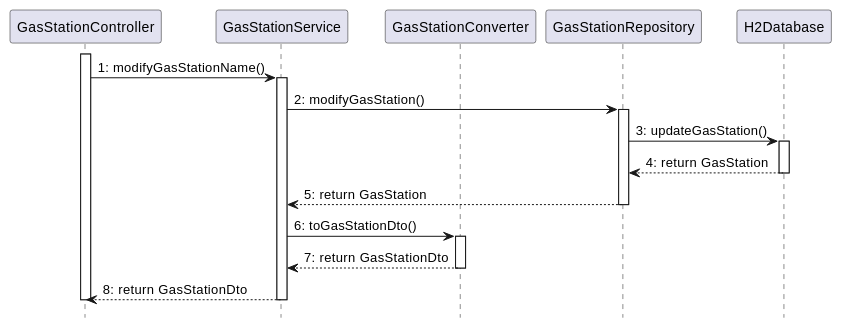
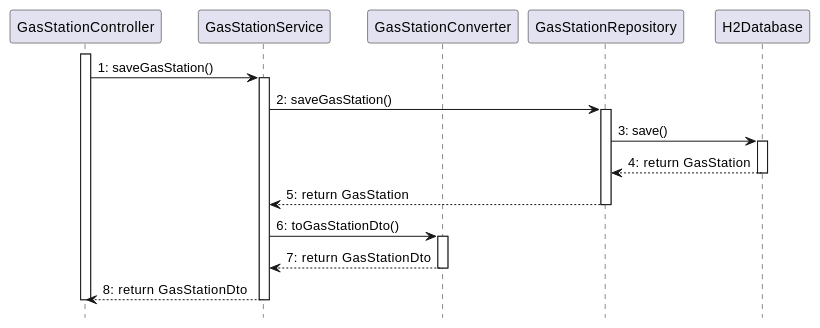
One commit to SE2-group4/SE1-project changed the ninth of 14 diagrams in docs/DesignDocument.md. Above: the diagram before and after it, drawn with PlantUML. The commit also changed other lines of this file, not shown here.

````diff
--- a/docs/DesignDocument.md
+++ b/docs/DesignDocument.md
@@ -626,37 +636,37 @@
 ```plantuml
 @startuml
 hide footbox
 skinparam shadowing false
 
 participant GasStationController as GC
 participant GasStationService as GS
 participant GasStationConverter as GCV
 participant GasStationRepository as GR
 participant H2Database as H2
 
 activate GC
-GC -> GS: 1: modifyGasStationName()
+GC -> GS: 1: saveGasStation()
 activate GS
 
-GS -> GR: 2: modifyGasStation()
+GS -> GR: 2: saveGasStation()
 activate GR
 
-GR -> H2: 3: updateGasStation()
+GR -> H2: 3: save()
 
 activate H2
 H2 --> GR: 4: return GasStation
 deactivate H2
 
 GR --> GS: 5: return GasStation
 deactivate GR
 
 GS -> GCV: 6: toGasStationDto()
 activate GCV
 GCV --> GS: 7: return GasStationDto
 deactivate GCV
 
 GS --> GC: 8: return GasStationDto
 deactivate GS
 deactivate GC
 @enduml
 ```
````
